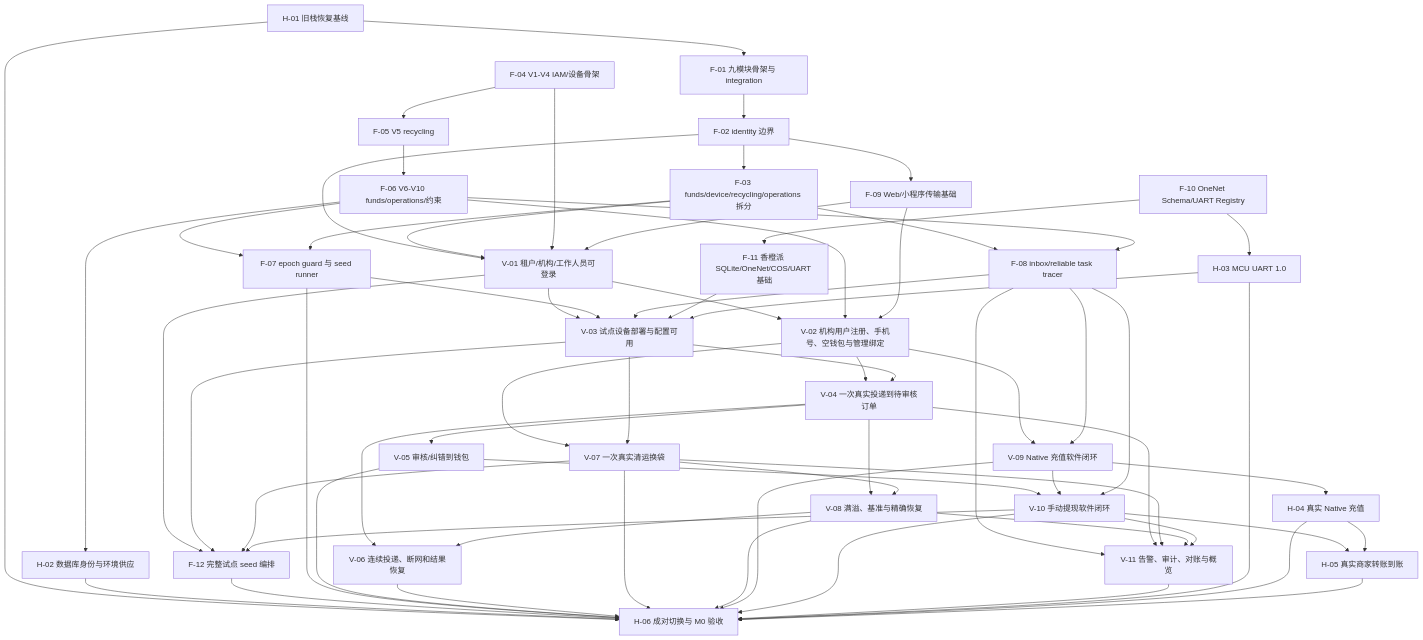
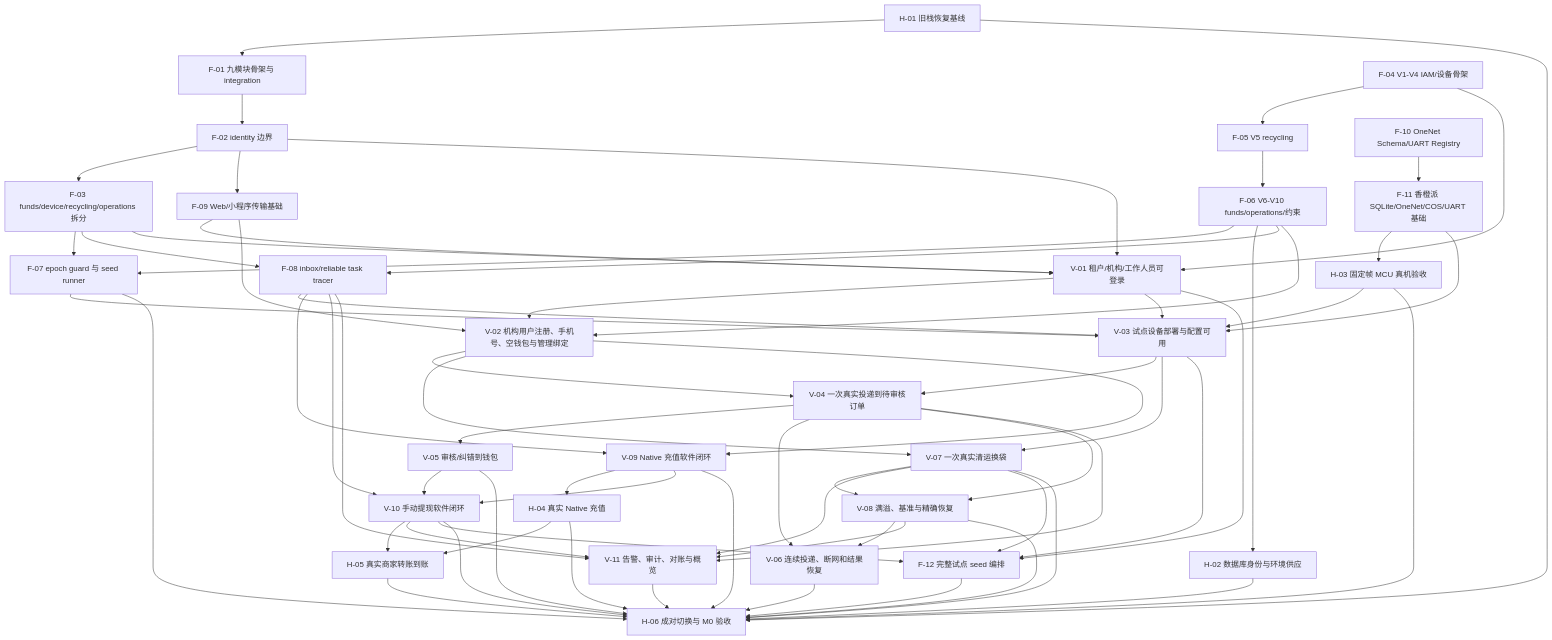
One commit to Enveloping/EcoBin changed the diagram in docs/planning/detailed-design/08-implementation-sequence.md. Above: the diagram before and after it, drawn with Mermaid. The commit also changed other lines of this file and 36 other files, not shown here.

```diff
--- a/docs/planning/detailed-design/08-implementation-sequence.md
+++ b/docs/planning/detailed-design/08-implementation-sequence.md
@@ -50,10 +50,10 @@
     F02 --> F09
 
     F10[F-10 OneNet Schema/UART Registry]
-    H03[H-03 MCU UART 1.0]
+    H03[H-03 固定帧 MCU 真机验收]
     F11[F-11 香橙派 SQLite/OneNet/COS/UART 基础]
-    F10 --> H03
     F10 --> F11
+    F11 --> H03
 
     V01[V-01 租户/机构/工作人员可登录]
     F02 --> V01
```
